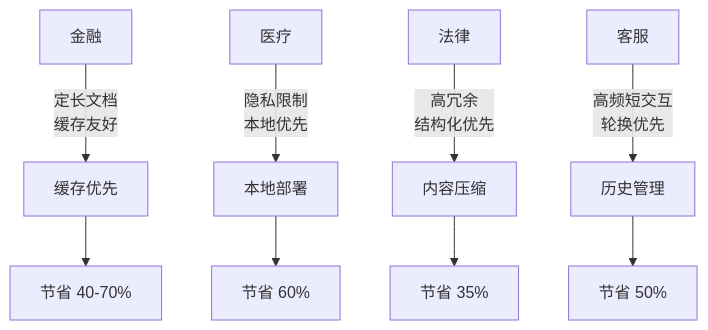
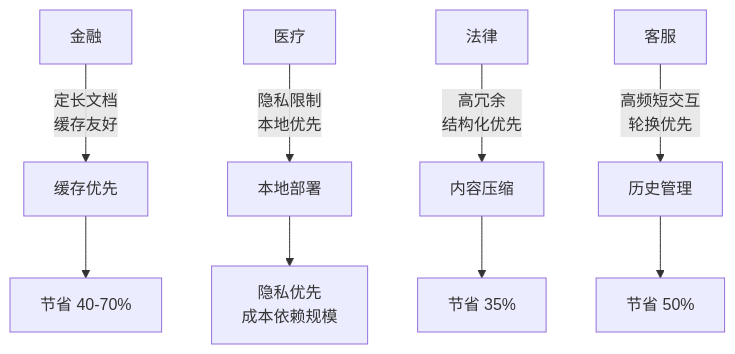
The second of 2 diagrams in 12_production/12.2.2_cost_optimization_industry.md (yeasy/context_engineering_guide), drawn with Mermaid before and after one commit. The commit also changed other lines of this file and 33 other files, not shown here.

````diff
--- a/12_production/12.2.2_cost_optimization_industry.md
+++ b/12_production/12.2.2_cost_optimization_industry.md
@@ -753,12 +826,12 @@
 ```mermaid
 graph TB
     A["金融"] -->|"定长文档<br/>缓存友好"| B["缓存优先"]
     C["医疗"] -->|"隐私限制<br/>本地优先"| D["本地部署"]
     E["法律"] -->|"高冗余<br/>结构化优先"| F["内容压缩"]
     G["客服"] -->|"高频短交互<br/>轮换优先"| H["历史管理"]
 
     B --> I["节省 40-70%"]
-    D --> J["节省 60%"]
+    D --> J["隐私优先<br/>成本依赖规模"]
     F --> K["节省 35%"]
     H --> L["节省 50%"]
 ```
````
